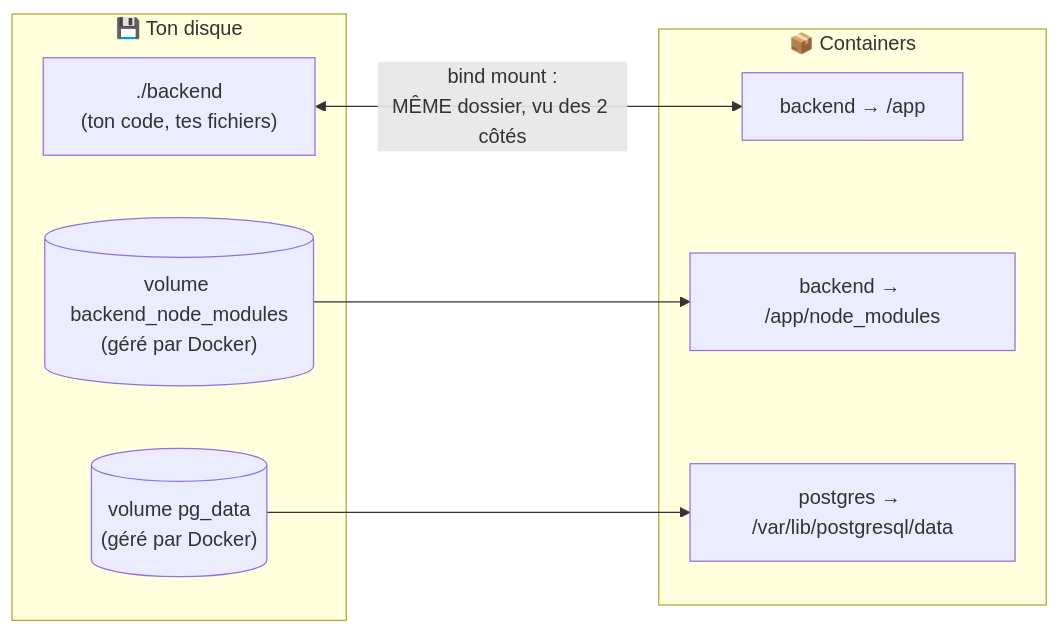
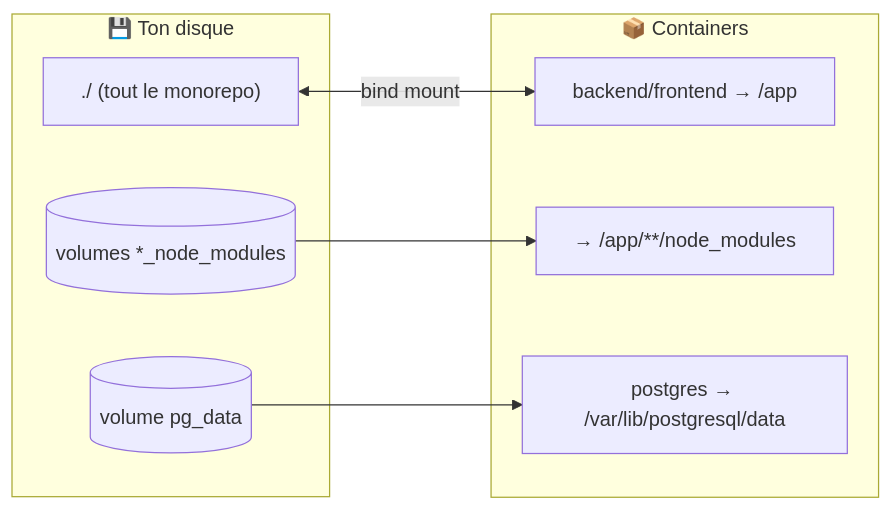
One commit to ft-Monolith/Matcha changed the third of 4 diagrams in docs/docker.md. Above: the diagram before and after it, drawn with Mermaid. The commit also changed other lines of this file and 53 other files, not shown here.

Commit message:
feat: init infra and add config files for backend and frontend

````diff
--- a/docs/docker.md
+++ b/docs/docker.md
@@ -96,16 +95,16 @@
 ```mermaid
 flowchart LR
     subgraph disque ["💾 Ton disque"]
-        SRC["./backend<br>(ton code, tes fichiers)"]
-        PG[("volume pg_data<br>(géré par Docker)")]
-        NM[("volume backend_node_modules<br>(géré par Docker)")]
+        SRC["./  (tout le monorepo)"]
+        PG[("volume pg_data")]
+        NM[("volumes *_node_modules")]
     end
     subgraph containers ["📦 Containers"]
-        APP["backend → /app"]
-        NMC["backend → /app/node_modules"]
+        APP["backend/frontend → /app"]
+        NMC["→ /app/**/node_modules"]
         DB["postgres → /var/lib/postgresql/data"]
     end
-    SRC <-->|"bind mount :<br>MÊME dossier, vu des 2 côtés"| APP
+    SRC <-->|"bind mount"| APP
     NM --> NMC
     PG --> DB
 ```
````
